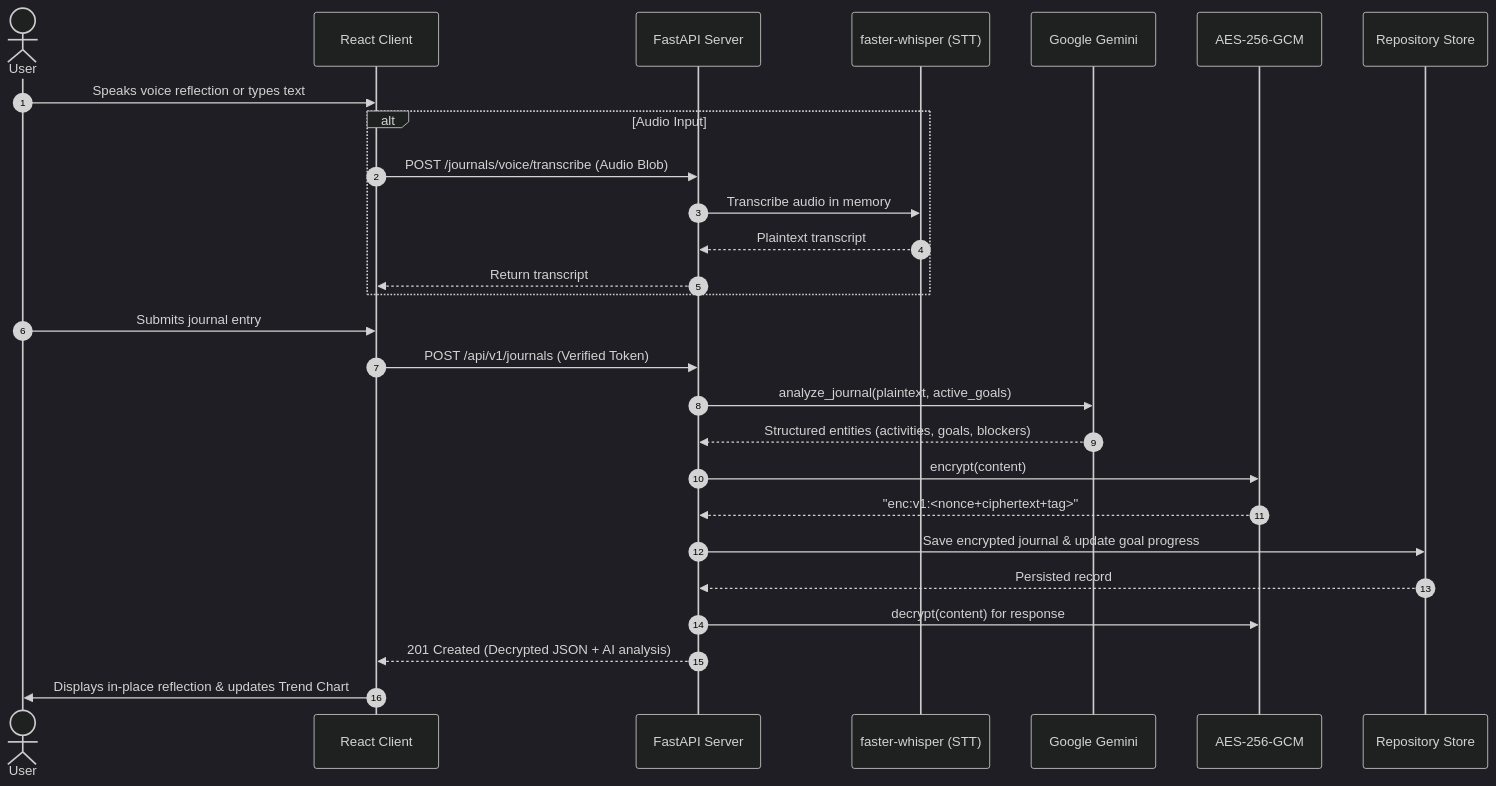
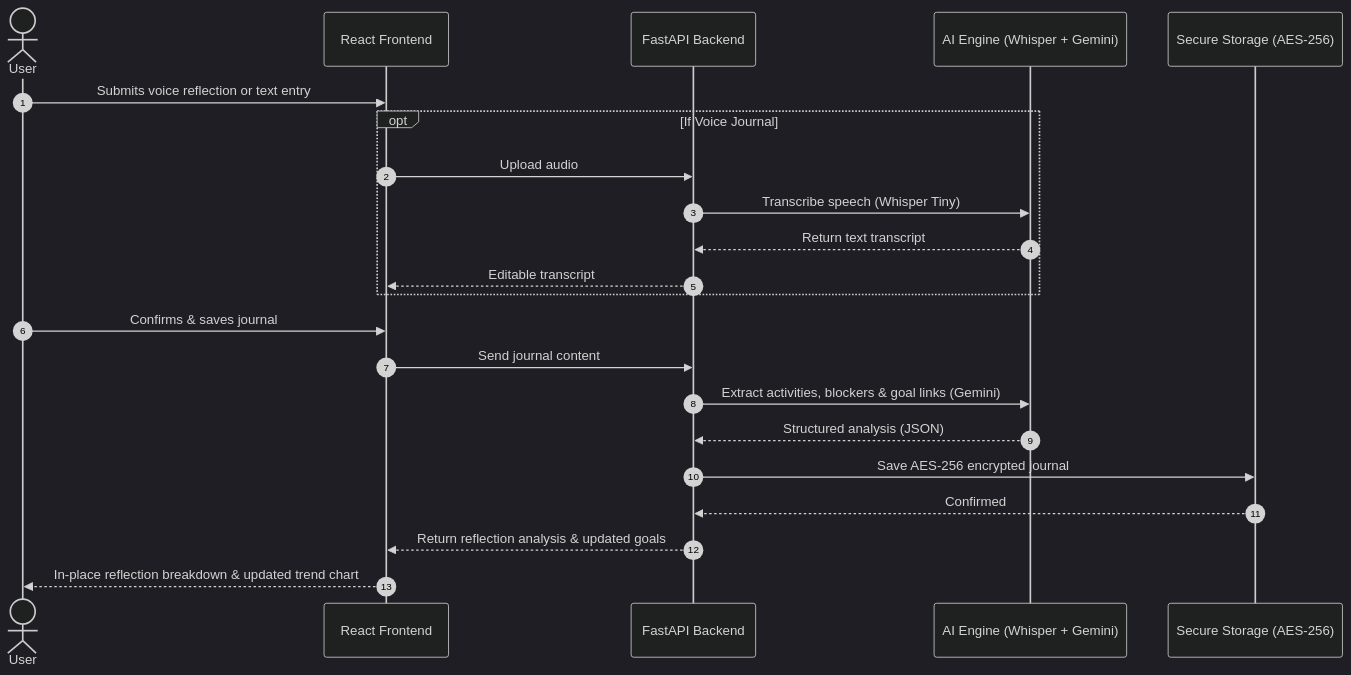
One commit to farah123455/AI-GOAL-JOURNAL changed the second of 2 diagrams in README.md. Above: the diagram before and after it, drawn with Mermaid (dark theme). The commit also changed other lines of this file, not shown here.

````diff
--- a/README.md
+++ b/README.md
@@ -122,31 +102,26 @@
 ```mermaid
 sequenceDiagram
     autonumber
     actor User as User
-    participant Frontend as React Client
-    participant Backend as FastAPI Server
-    participant Whisper as faster-whisper (STT)
-    participant Gemini as Google Gemini
-    participant Crypto as AES-256-GCM
-    participant Store as Repository Store
+    participant App as React Frontend
+    participant API as FastAPI Backend
+    participant AI as AI Engine (Whisper + Gemini)
+    participant Store as Secure Storage (AES-256)
 
-    User->>Frontend: Speaks voice reflection or types text
-    alt Audio Input
-        Frontend->>Backend: POST /journals/voice/transcribe (Audio Blob)
-        Backend->>Whisper: Transcribe audio in memory
-        Whisper-->>Backend: Plaintext transcript
-        Backend-->>Frontend: Return transcript
+    User->>App: Submits voice reflection or text entry
+    opt If Voice Journal
+        App->>API: Upload audio
+        API->>AI: Transcribe speech (Whisper Tiny)
+        AI-->>API: Return text transcript
+        API-->>App: Editable transcript
     end
 
-    User->>Frontend: Submits journal entry
-    Frontend->>Backend: POST /api/v1/journals (Verified Token)
-    Backend->>Gemini: analyze_journal(plaintext, active_goals)
-    Gemini-->>Backend: Structured entities (activities, goals, blockers)
-    Backend->>Crypto: encrypt(content)
-    Crypto-->>Backend: "enc:v1:<nonce+ciphertext+tag>"
-    Backend->>Store: Save encrypted journal & update goal progress
-    Store-->>Backend: Persisted record
-    Backend->>Crypto: decrypt(content) for response
-    Backend-->>Frontend: 201 Created (Decrypted JSON + AI analysis)
-    Frontend->>User: Displays in-place reflection & updates Trend Chart
+    User->>App: Confirms & saves journal
+    App->>API: Send journal content
+    API->>AI: Extract activities, blockers & goal links (Gemini)
+    AI-->>API: Structured analysis (JSON)
+    API->>Store: Save AES-256 encrypted journal
+    Store-->>API: Confirmed
+    API-->>App: Return reflection analysis & updated goals
+    App-->>User: In-place reflection breakdown & updated trend chart
 ```
````
